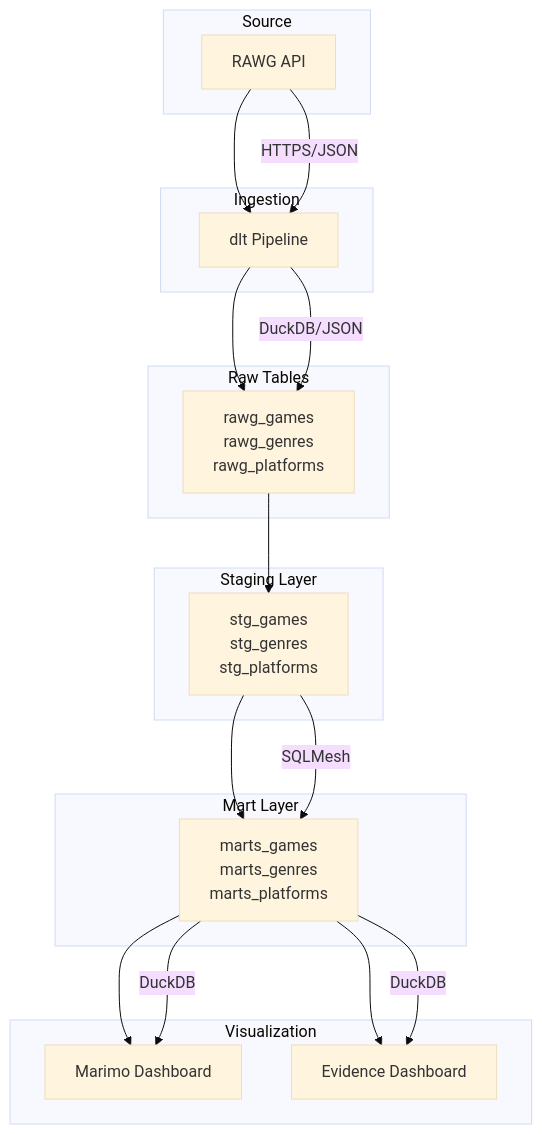
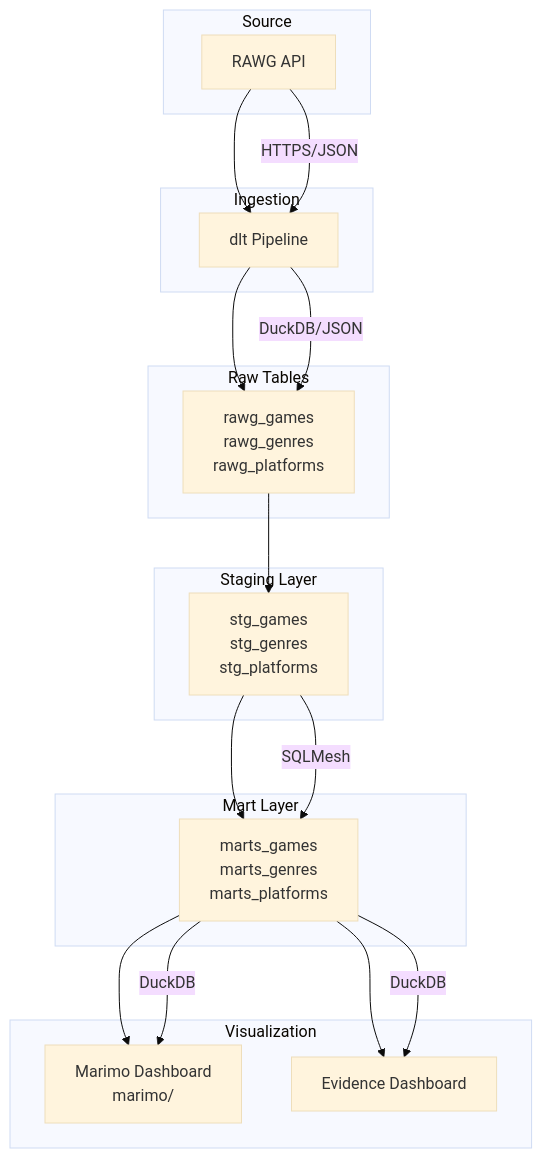
The second of 2 diagrams in docs/data-flow.md (mohamed-boughattas/gaming-analytics-pipeline), drawn with Mermaid (base theme) before and after one commit. The commit also changed other lines of this file and 2 other files, not shown here.

Commit message:
docs: update data flow and ADR documentation

````diff
--- a/docs/data-flow.md
+++ b/docs/data-flow.md
@@ -112,40 +117,40 @@
 ```mermaid
 flowchart TD
     subgraph Source
         API[RAWG API]
     end
 
     subgraph Ingestion
         DLT[dlt Pipeline]
     end
 
     subgraph Raw Tables
         RAWG[rawg_games<br/>rawg_genres<br/>rawg_platforms]
     end
 
     subgraph Staging Layer
         STG[stg_games<br/>stg_genres<br/>stg_platforms]
     end
 
     subgraph Mart Layer
         MART[marts_games<br/>marts_genres<br/>marts_platforms]
     end
 
     subgraph Visualization
-        MARIMO[Marimo Dashboard]
+        MARIMO[Marimo Dashboard<br/>marimo/]
         EVID[Evidence Dashboard]
     end
 
     API --> DLT
     DLT --> RAWG
     RAWG --> STG
     STG --> MART
     MART --> MARIMO
     MART --> EVID
 
     API -->|HTTPS/JSON| DLT
     DLT -->|DuckDB/JSON| RAWG
     STG -->|SQLMesh| MART
     MART -->|DuckDB| MARIMO
     MART -->|DuckDB| EVID
 ```
````
